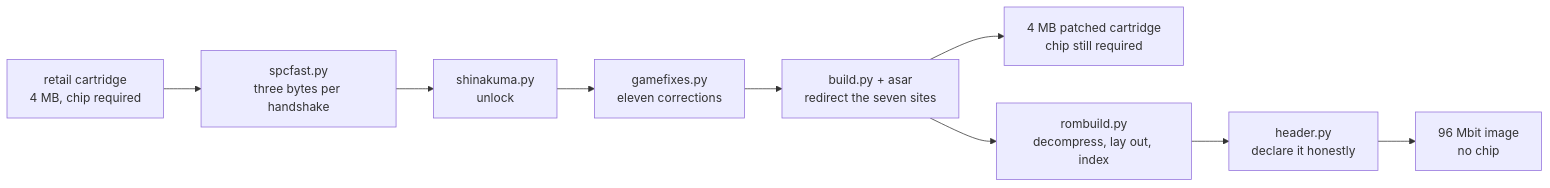
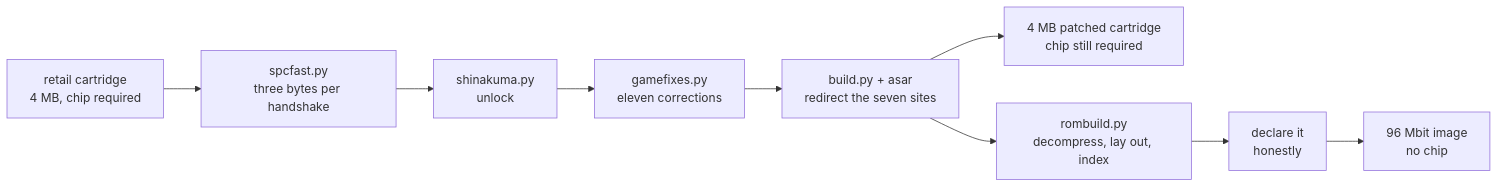
The first of 3 diagrams in README.md (gufranco/sfa2-nochip), drawn with Mermaid before and after one commit. The commit also changed other lines of this file and 58 other files, not shown here.

````diff
--- a/README.md
+++ b/README.md
@@ -111,11 +111,11 @@
 ```mermaid
 graph LR
     A["retail cartridge<br/>4 MB, chip required"] --> B["spcfast.py<br/>three bytes per handshake"]
     B --> C["shinakuma.py<br/>unlock"]
     C --> D["gamefixes.py<br/>eleven corrections"]
     D --> E["build.py + asar<br/>redirect the seven sites"]
     E --> P["4 MB patched cartridge<br/>chip still required"]
     E --> F["rombuild.py<br/>decompress, lay out, index"]
-    F --> G["header.py<br/>declare it honestly"]
+    F --> G["declare it<br/>honestly"]
     G --> H["96 Mbit image<br/>no chip"]
 ```
````
